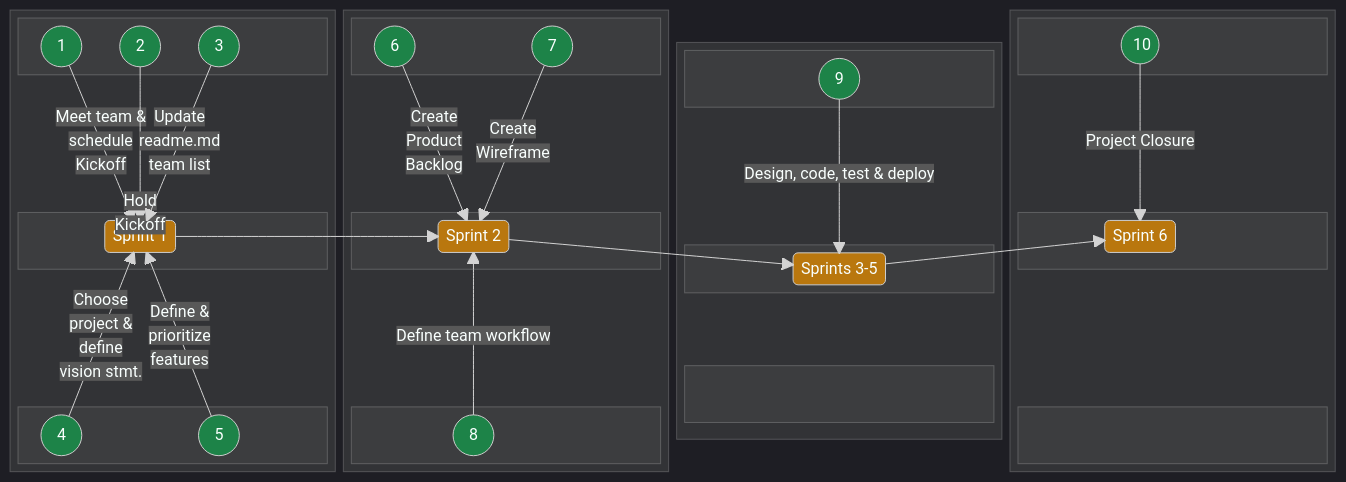
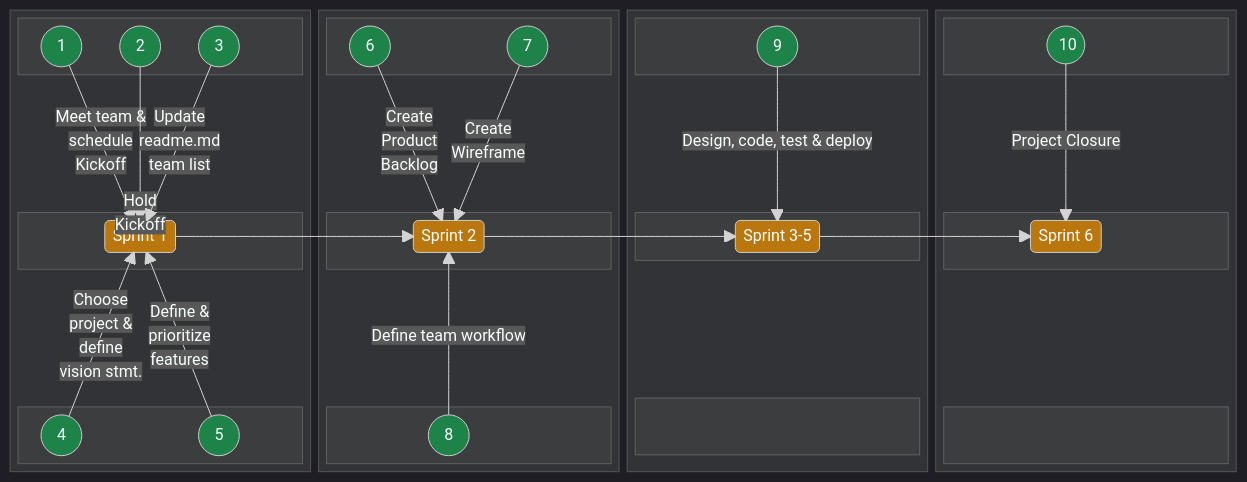
The second of 2 diagrams in README.md (jdmedlock/mermaid_testing), drawn with Mermaid before and after one commit.

Commit message:
Feature: Experiment with horizontal block diagram layout

```diff
--- a/README.md
+++ b/README.md
@@ -172,12 +172,15 @@
       block:B3CENTER
         columns 3
         space
-        SPRINTS35("&nbsp;Sprints 3-5&nbsp;")
+        SPRINTS35("&nbsp;Sprint 3-5&nbsp;")
         space
       end
       space
+      space
       block:B3BOTTOM
-        columns 1
+        columns 3
+        space
+        space
         space
       end
       A9 -- "Design, code, test & deploy" --> SPRINTS35
@@ -202,7 +205,9 @@
       space
       space
       block:B4BOTTOM
-        columns 1
+        columns 3
+        space
+        space
         space
       end
       A10 -- "Project Closure" --> SPRINT6
```
